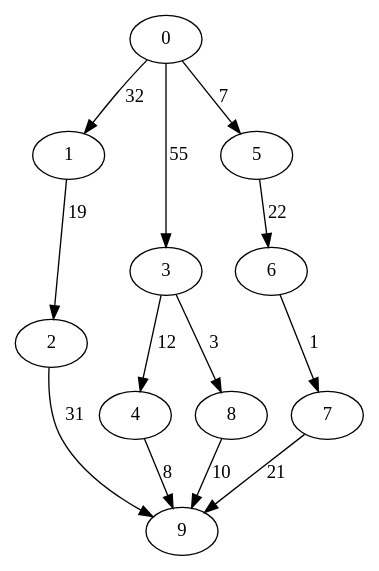
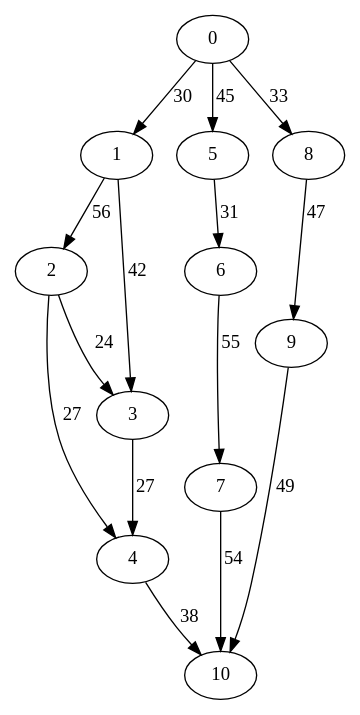
Before and after one commit to asaloniti/DagScheduling: the diagram in dotfiles/data7.dot, drawn with Graphviz. The commit also changed 27 other files, not shown here.

```diff
--- a/dotfiles/data7.dot
+++ b/dotfiles/data7.dot
@@ -1,14 +1,16 @@
 digraph data7 {
-0 -> 1 [ label = 32 ];
-0 -> 3 [ label = 55 ];
-0 -> 5 [ label = 7 ];
-1 -> 2 [ label = 19 ];
-2 -> 9 [ label = 31 ];
-3 -> 4 [ label = 12 ];
-3 -> 8 [ label = 3 ];
-4 -> 9 [ label = 8 ];
-5 -> 6 [ label = 22 ];
-6 -> 7 [ label = 1 ];
-7 -> 9 [ label = 21 ];
-8 -> 9 [ label = 10 ];
+0 -> 1 [ label = 30 ];
+0 -> 5 [ label = 45 ];
+0 -> 8 [ label = 33 ];
+1 -> 2 [ label = 56 ];
+1 -> 3 [ label = 42 ];
+2 -> 3 [ label = 24 ];
+2 -> 4 [ label = 27 ];
+3 -> 4 [ label = 27 ];
+4 -> 10 [ label = 38 ];
+5 -> 6 [ label = 31 ];
+6 -> 7 [ label = 55 ];
+7 -> 10 [ label = 54 ];
+8 -> 9 [ label = 47 ];
+9 -> 10 [ label = 49 ];
  }
```
